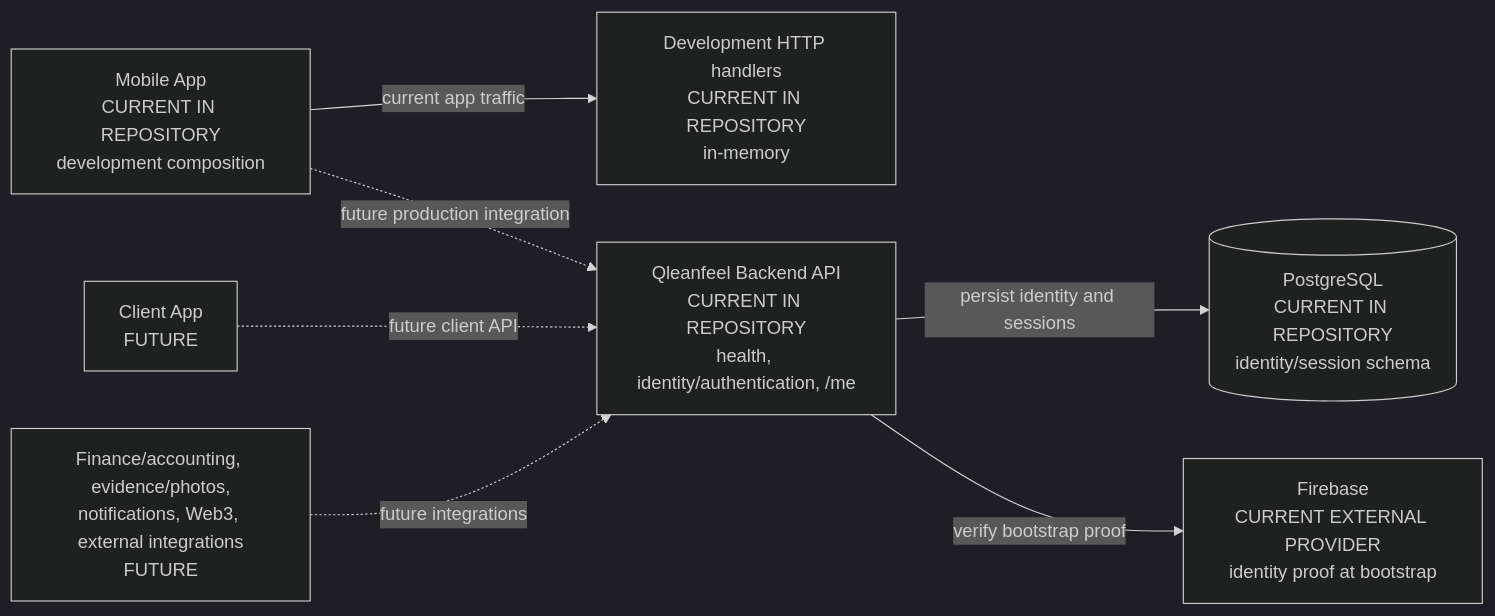
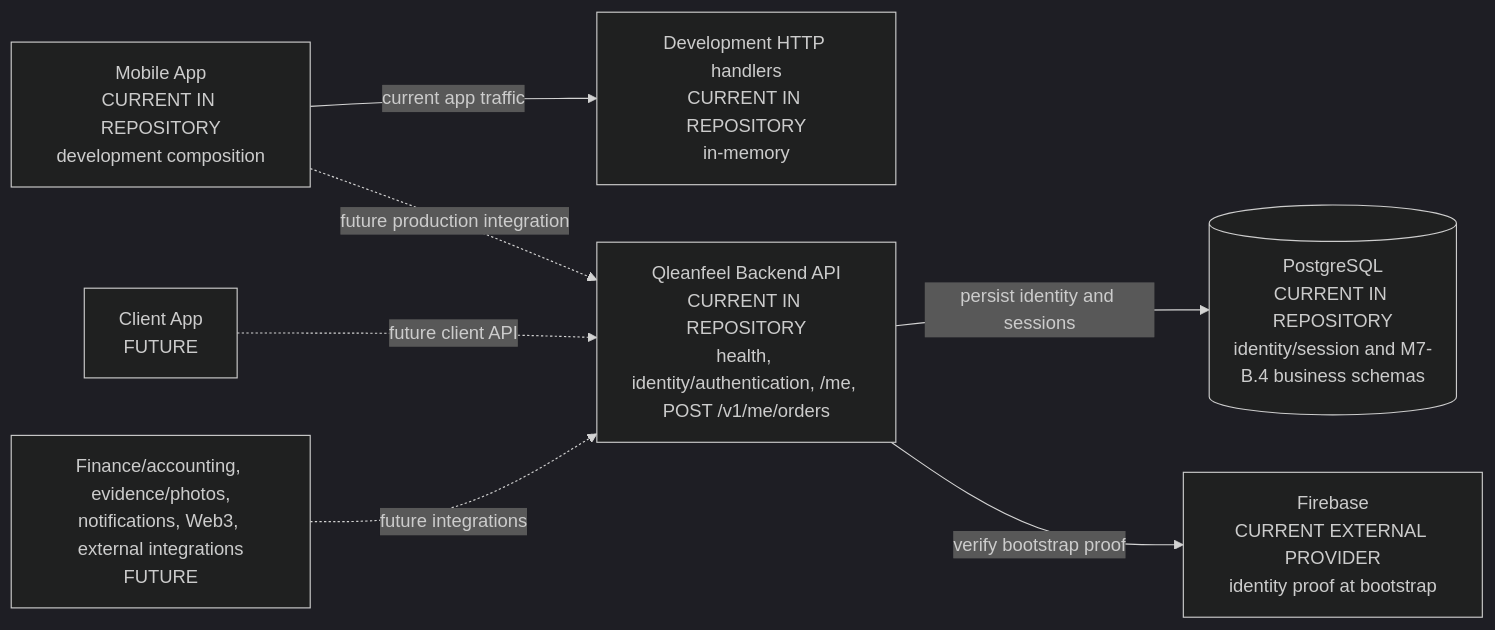
The first of 7 diagrams in docs/ARCHITECTURE_MAP.md (qleanfeel-bot/qleanfeel-rn), drawn with Mermaid (dark theme) before and after one commit. The commit also changed other lines of this file and 31 other files, not shown here.

````diff
--- a/docs/ARCHITECTURE_MAP.md
+++ b/docs/ARCHITECTURE_MAP.md
@@ -9,17 +9,17 @@
 ```mermaid
 flowchart LR
   Mobile["Mobile App<br/>CURRENT IN REPOSITORY<br/>development composition"]
   DevHTTP["Development HTTP handlers<br/>CURRENT IN REPOSITORY<br/>in-memory"]
-  Backend["Qleanfeel Backend API<br/>CURRENT IN REPOSITORY<br/>health, identity/authentication, /me"]
-  DB[("PostgreSQL<br/>CURRENT IN REPOSITORY<br/>identity/session schema")]
+  Backend["Qleanfeel Backend API<br/>CURRENT IN REPOSITORY<br/>health, identity/authentication, /me, POST /v1/me/orders"]
+  DB[("PostgreSQL<br/>CURRENT IN REPOSITORY<br/>identity/session and M7-B.4 business schemas")]
   Firebase["Firebase<br/>CURRENT EXTERNAL PROVIDER<br/>identity proof at bootstrap"]
   Client["Client App<br/>FUTURE"]
   Other["Finance/accounting, evidence/photos,<br/>notifications, Web3, external integrations<br/>FUTURE"]
 
   Mobile -->|"current app traffic"| DevHTTP
   Mobile -.->|"future production integration"| Backend
   Backend -->|"persist identity and sessions"| DB
   Backend -->|"verify bootstrap proof"| Firebase
   Client -.->|"future client API"| Backend
   Other -.->|"future integrations"| Backend
 ```
````
